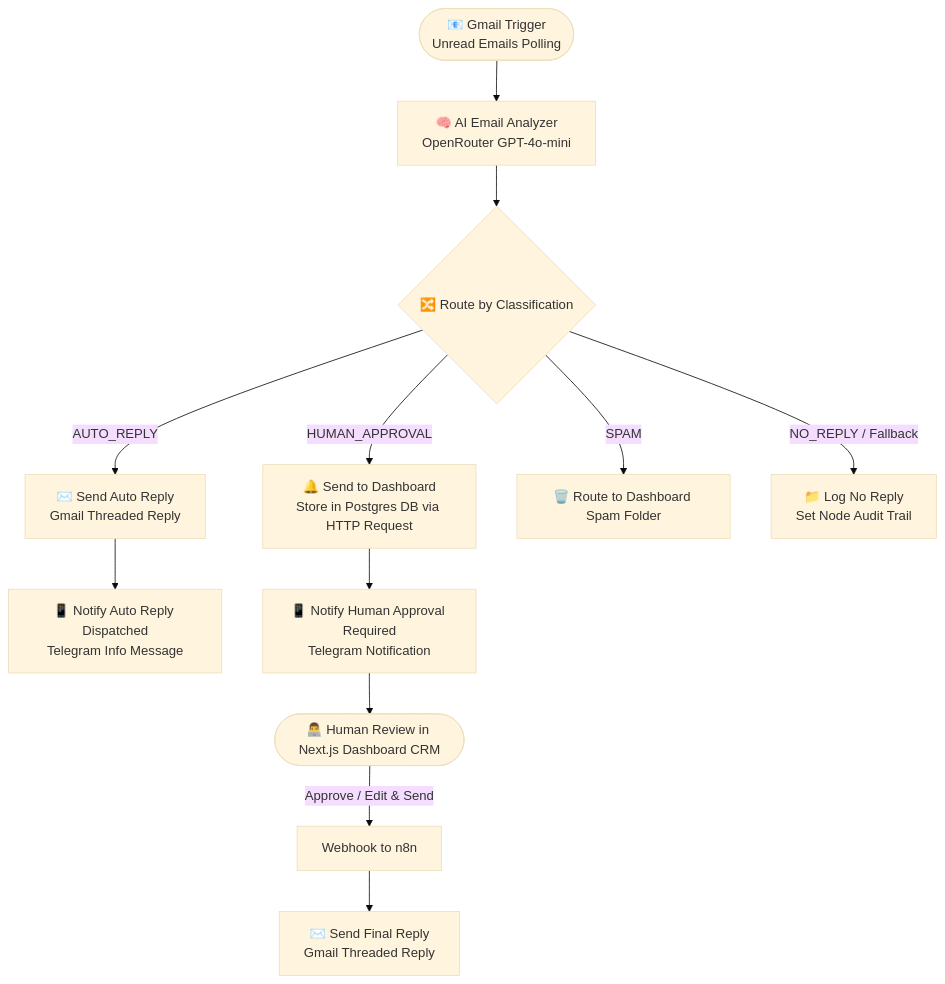
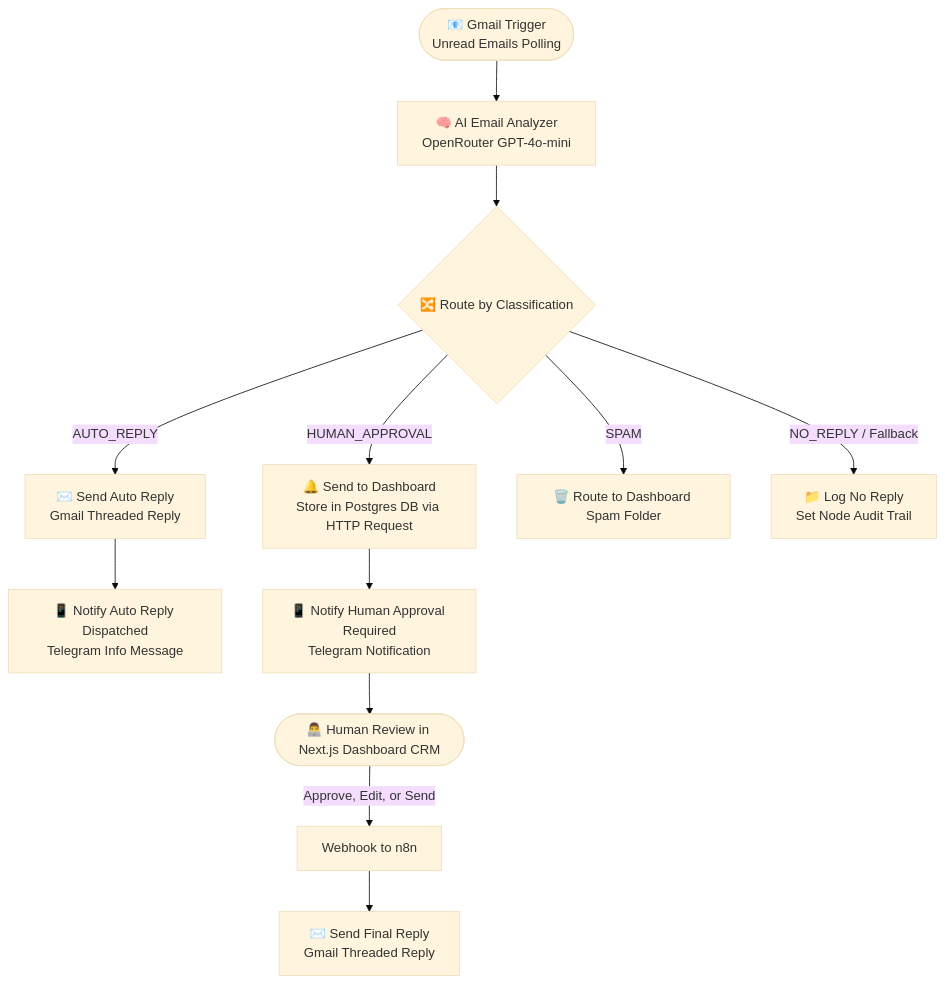
Before and after one commit to shakilahmedatik/n8n-email-automation-ai: the diagram in README.md, drawn with Mermaid (base theme).

Commit message:
fix: correct mermaid syntax for github readme viewer

````diff
--- a/README.md
+++ b/README.md
@@ -23,24 +23,24 @@
 ```mermaid
 flowchart TD
     A([📧 Gmail Trigger\nUnread Emails Polling]) --> B[🧠 AI Email Analyzer\nOpenRouter GPT-4o-mini]
     B --> C{🔀 Route by Classification}
 
     %% Auto-Reply Branch
     C -->|AUTO_REPLY| D[✉️ Send Auto Reply\nGmail Threaded Reply]
     D --> E[📱 Notify Auto Reply Dispatched\nTelegram Info Message]
 
     %% Human Approval Branch
     C -->|HUMAN_APPROVAL| F[🔔 Send to Dashboard\nStore in Postgres DB via HTTP Request]
     F --> G[📱 Notify Human Approval Required\nTelegram Notification]
     
     %% Dashboard Interaction
     G --> H([👨‍💻 Human Review in Next.js Dashboard CRM])
-    H -->|Approve / Edit & Send| I[Webhook to n8n]
+    H -->|"Approve, Edit, or Send"| I[Webhook to n8n]
     I --> J[✉️ Send Final Reply\nGmail Threaded Reply]
 
     %% Spam Branch
     C -->|SPAM| K[🗑️ Route to Dashboard Spam Folder]
     
     %% No-Reply Branch
-    C -->|NO_REPLY / Fallback| M[📁 Log No Reply\nSet Node Audit Trail]
+    C -->|"NO_REPLY / Fallback"| M[📁 Log No Reply\nSet Node Audit Trail]
 ```
````
